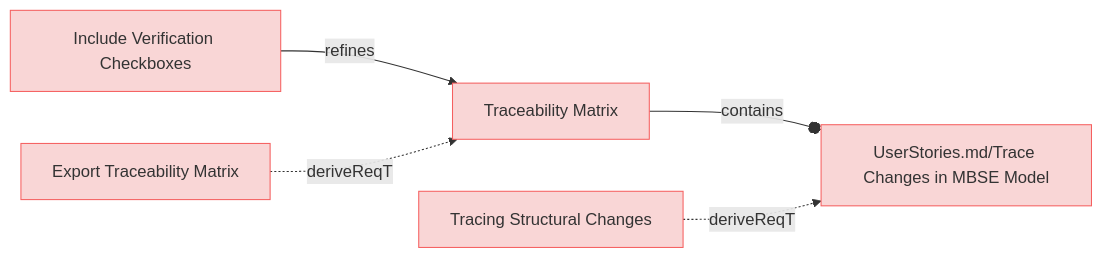
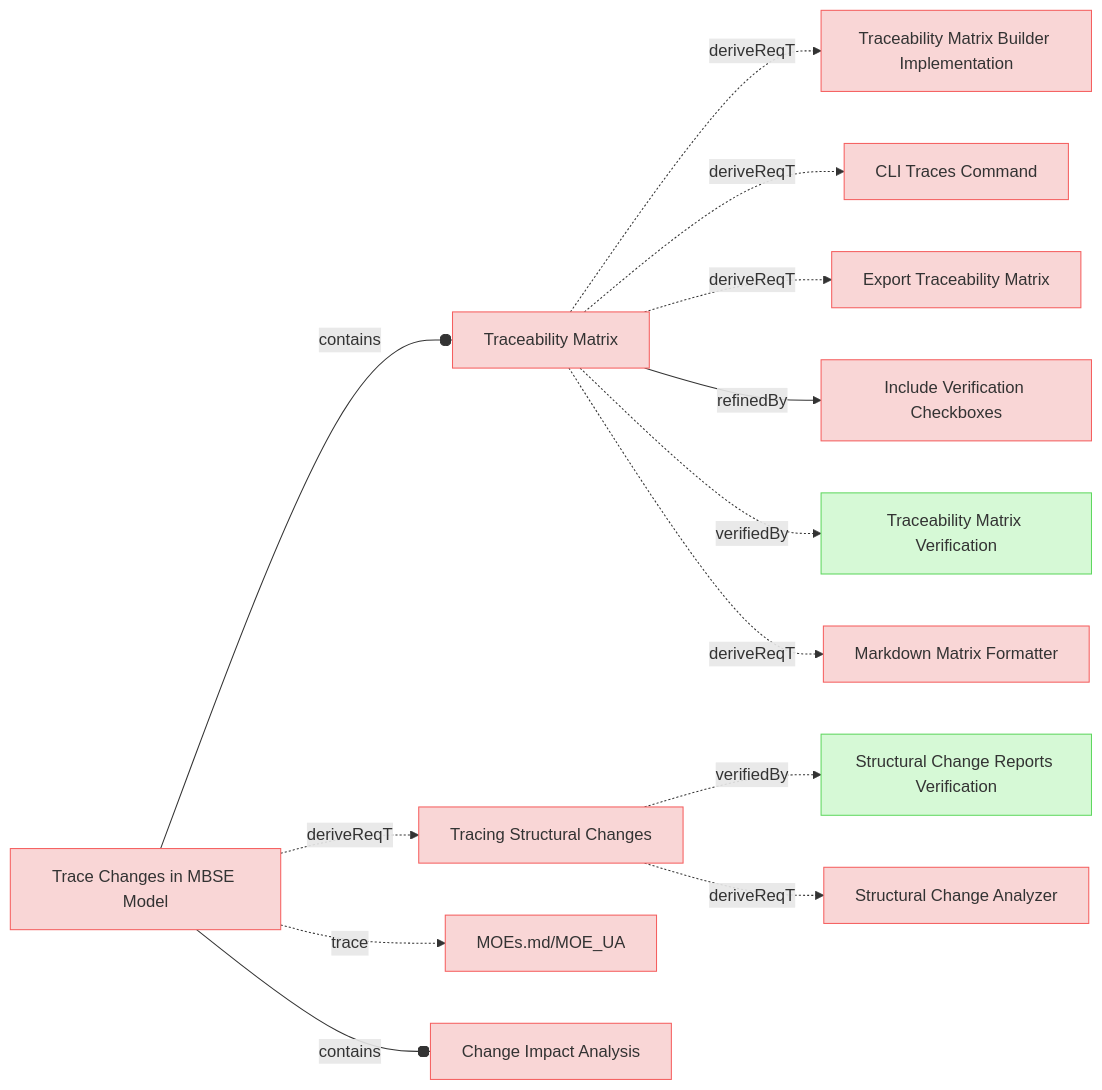
Before and after one commit to reqvire-org/reqvire: the sixth of 9 diagrams in specifications/UserRequirements.md, drawn with Mermaid. The commit also changed other lines of this file and 27 other files, not shown here.

Commit message:
Diagrams update.X

````diff
--- a/specifications/UserRequirements.md
+++ b/specifications/UserRequirements.md
@@ -433,28 +605,60 @@
 ```mermaid
 graph LR;
   %% Graph styling
   classDef requirement fill:#f9d6d6,stroke:#f55f5f,stroke-width:1px;
   classDef verification fill:#d6f9d6,stroke:#5fd75f,stroke-width:1px;
   classDef externalLink fill:#d0e0ff,stroke:#3080ff,stroke-width:1px;
   classDef default fill:#f5f5f5,stroke:#333333,stroke-width:1px;
 
   4e30ea0930dc9c26["Traceability Matrix"];
   class 4e30ea0930dc9c26 requirement;
   click 4e30ea0930dc9c26 "UserRequirements.md#traceability-matrix";
-  5ef9c8ae19a9f55a["UserStories.md/Trace Changes in MBSE Model"];
-  class 5ef9c8ae19a9f55a requirement;
-  click 5ef9c8ae19a9f55a "UserStories.md#trace-changes-in-mbse-model";
-  4e30ea0930dc9c26 --o|contains| 5ef9c8ae19a9f55a;
+  b55d8517cd3e58["Traceability Matrix Builder Implementation"];
+  class b55d8517cd3e58 requirement;
+  click b55d8517cd3e58 "SystemRequirements/Requirements.md#traceability-matrix-builder-implementation";
+  4e30ea0930dc9c26 -.->|deriveReqT| b55d8517cd3e58;
+  5bfc0d5fd7bba25["CLI Traces Command"];
+  class 5bfc0d5fd7bba25 requirement;
+  click 5bfc0d5fd7bba25 "SystemRequirements/Requirements.md#cli-traces-command";
+  4e30ea0930dc9c26 -.->|deriveReqT| 5bfc0d5fd7bba25;
+  7de9a55d6102af23["Export Traceability Matrix"];
+  class 7de9a55d6102af23 requirement;
+  click 7de9a55d6102af23 "UserRequirements.md#export-traceability-matrix";
+  4e30ea0930dc9c26 -.->|deriveReqT| 7de9a55d6102af23;
+  6d32b919c82784b7["Include Verification Checkboxes"];
+  class 6d32b919c82784b7 requirement;
+  click 6d32b919c82784b7 "UserRequirements.md#include-verification-checkboxes";
+  4e30ea0930dc9c26 -->|refinedBy| 6d32b919c82784b7;
+  11c3285e74c8d60b["Traceability Matrix Verification"];
+  class 11c3285e74c8d60b verification;
+  click 11c3285e74c8d60b "Verifications/ChangeImpactTests.md#traceability-matrix-verification";
+  4e30ea0930dc9c26 -.->|verifiedBy| 11c3285e74c8d60b;
+  1b7491b67a792bc9["Markdown Matrix Formatter"];
+  class 1b7491b67a792bc9 requirement;
+  click 1b7491b67a792bc9 "SystemRequirements/Requirements.md#markdown-matrix-formatter";
+  4e30ea0930dc9c26 -.->|deriveReqT| 1b7491b67a792bc9;
   d7b7b13a5b8d96e1["Tracing Structural Changes"];
   class d7b7b13a5b8d96e1 requirement;
   click d7b7b13a5b8d96e1 "UserRequirements.md#tracing-structural-changes";
-  d7b7b13a5b8d96e1 -.->|deriveReqT| 5ef9c8ae19a9f55a;
-  6d32b919c82784b7["Include Verification Checkboxes"];
-  class 6d32b919c82784b7 requirement;
-  click 6d32b919c82784b7 "UserRequirements.md#include-verification-checkboxes";
-  6d32b919c82784b7 -->|refines| 4e30ea0930dc9c26;
-  7de9a55d6102af23["Export Traceability Matrix"];
-  class 7de9a55d6102af23 requirement;
-  click 7de9a55d6102af23 "UserRequirements.md#export-traceability-matrix";
-  7de9a55d6102af23 -.->|deriveReqT| 4e30ea0930dc9c26;
+  b0e8adb6596a35e7["Structural Change Reports Verification"];
+  class b0e8adb6596a35e7 verification;
+  click b0e8adb6596a35e7 "Verifications/ChangeImpactTests.md#structural-change-reports-verification";
+  d7b7b13a5b8d96e1 -.->|verifiedBy| b0e8adb6596a35e7;
+  d34d7e14d2a235a2["Structural Change Analyzer"];
+  class d34d7e14d2a235a2 requirement;
+  click d34d7e14d2a235a2 "SystemRequirements/Requirements.md#structural-change-analyzer";
+  d7b7b13a5b8d96e1 -.->|deriveReqT| d34d7e14d2a235a2;
+  5ef9c8ae19a9f55a["Trace Changes in MBSE Model"];
+  class 5ef9c8ae19a9f55a requirement;
+  click 5ef9c8ae19a9f55a "UserStories.md#trace-changes-in-mbse-model";
+  2c5f30f14e792200["MOEs.md/MOE_UA"];
+  class 2c5f30f14e792200 requirement;
+  click 2c5f30f14e792200 "MOEs.md#moe_ua";
+  5ef9c8ae19a9f55a -.->|trace| 2c5f30f14e792200;
+  5ef9c8ae19a9f55a --o|contains| 4e30ea0930dc9c26;
+  9933cac5853a8584["Change Impact Analysis"];
+  class 9933cac5853a8584 requirement;
+  click 9933cac5853a8584 "UserRequirements.md#change-impact-analysis";
+  5ef9c8ae19a9f55a --o|contains| 9933cac5853a8584;
+  5ef9c8ae19a9f55a -.->|deriveReqT| d7b7b13a5b8d96e1;
 ```
````
